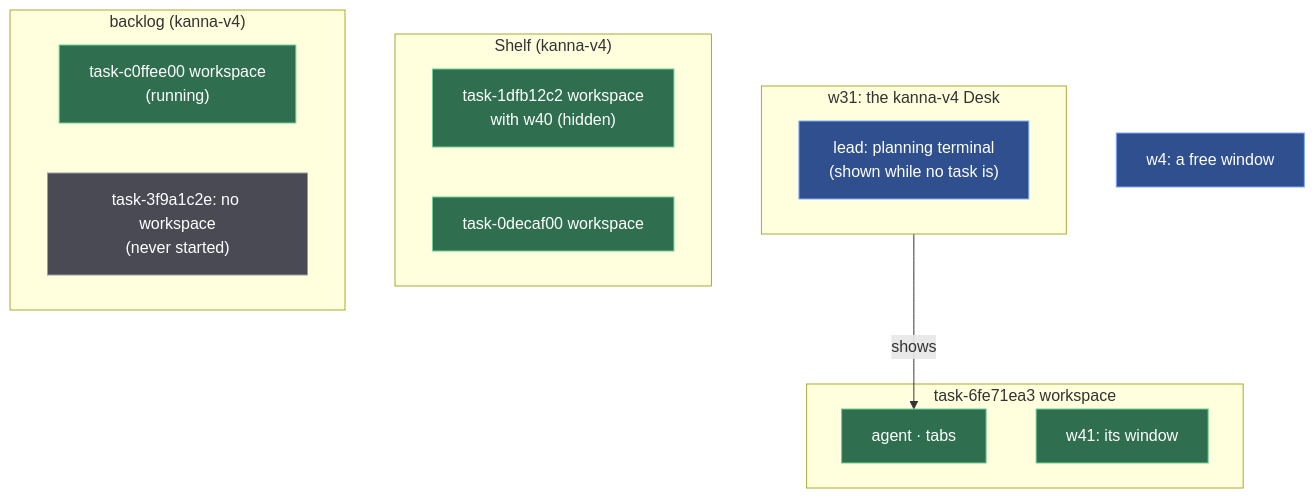
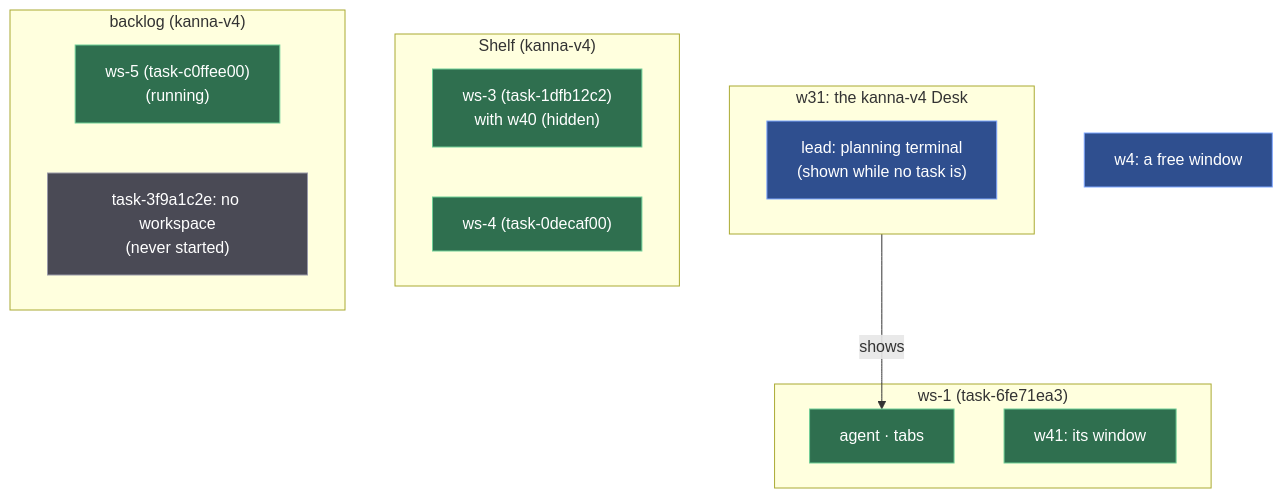
One commit to jemdiggity/kanna-v4 changed the second of 4 diagrams in docs/specs/workspaces.md. Above: the diagram before and after it, drawn with Mermaid. The commit also changed other lines of this file and 37 other files, not shown here.

````diff
--- a/docs/specs/workspaces.md
+++ b/docs/specs/workspaces.md
@@ -42,26 +44,26 @@
 ```mermaid
 flowchart TB
     subgraph W31["w31: the kanna-v4 Desk"]
         L31["lead: planning terminal<br/>(shown while no task is)"]
     end
-    subgraph T140["task-6fe71ea3 workspace"]
+    subgraph T140["ws-1 (task-6fe71ea3)"]
         D140["agent · tabs"]
         W41["w41: its window"]
     end
     W4["w4: a free window"]
     subgraph SHELF["Shelf (kanna-v4)"]
-        T135["task-1dfb12c2 workspace<br/>with w40 (hidden)"]
-        T136["task-0decaf00 workspace"]
+        T135["ws-3 (task-1dfb12c2)<br/>with w40 (hidden)"]
+        T136["ws-4 (task-0decaf00)"]
     end
     subgraph BACK["backlog (kanna-v4)"]
-        T137["task-c0ffee00 workspace<br/>(running)"]
+        T137["ws-5 (task-c0ffee00)<br/>(running)"]
         T138["task-3f9a1c2e: no workspace<br/>(never started)"]
     end
     W31 -->|"shows"| D140
     classDef ours fill:#2f6f4f,stroke:#6fcf97,color:#ffffff
     classDef plain fill:#2f4f8f,stroke:#7fa7ff,color:#ffffff
     classDef none fill:#4a4a55,stroke:#9a9aa8,color:#ffffff
     class D140,W41,T135,T136,T137 ours
     class L31,W4 plain
     class T138 none
 ```
````
